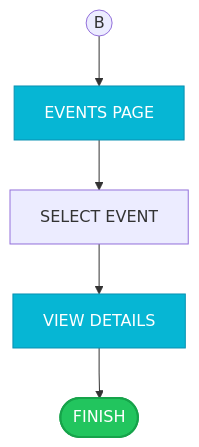
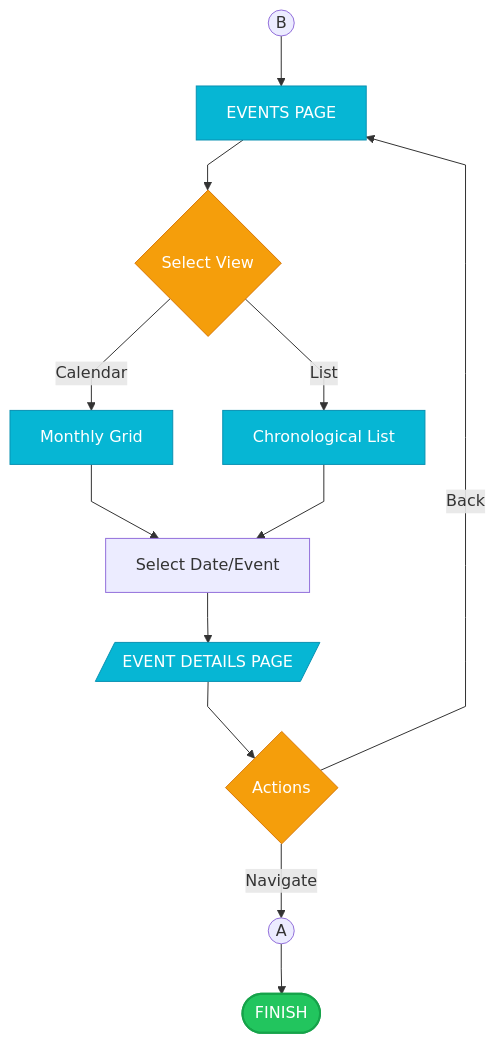
The third of 6 diagrams in iCCAT-Academic-Flowcharts-Printable.md (Yui1003/iCCAT), drawn with Mermaid before and after one commit. The commit also changed other lines of this file, not shown here.

First line of the commit message:
Add comprehensive academic flowcharts to the kiosk documentation

````diff
--- a/iCCAT-Academic-Flowcharts-Printable.md
+++ b/iCCAT-Academic-Flowcharts-Printable.md
@@ -56,14 +86,28 @@
 ```mermaid
 %%{init: {'flowchart': {'curve': 'linear', 'nodeSpacing': 50, 'rankSpacing': 50}}}%%
 flowchart TB
     classDef startEnd fill:#22c55e,stroke:#16a34a,color:#fff,stroke-width:2px
     classDef display fill:#06b6d4,stroke:#0891b2,color:#fff
+    classDef decision fill:#f59e0b,stroke:#d97706,color:#fff
     
     B((B)) --> EVENTS[EVENTS PAGE]
-    EVENTS --> SELECT[SELECT EVENT]
-    SELECT --> DETAILS[VIEW DETAILS]
-    DETAILS --> FINISH([FINISH])
+    EVENTS --> VIEW{Select View}
+    
+    VIEW -->|Calendar| CAL[Monthly Grid]
+    VIEW -->|List| LST[Chronological List]
+    
+    CAL --> SEL[Select Date/Event]
+    LST --> SEL
+    
+    SEL --> DET[/EVENT DETAILS PAGE/]
+    DET --> OPT{Actions}
+    
+    OPT -->|Navigate| NAV((A))
+    OPT -->|Back| EVENTS
+    
+    NAV --> FINISH([FINISH])
 
     class FINISH startEnd
-    class EVENTS,DETAILS display
+    class EVENTS,CAL,LST,DET display
+    class VIEW,OPT decision
 ```
````
